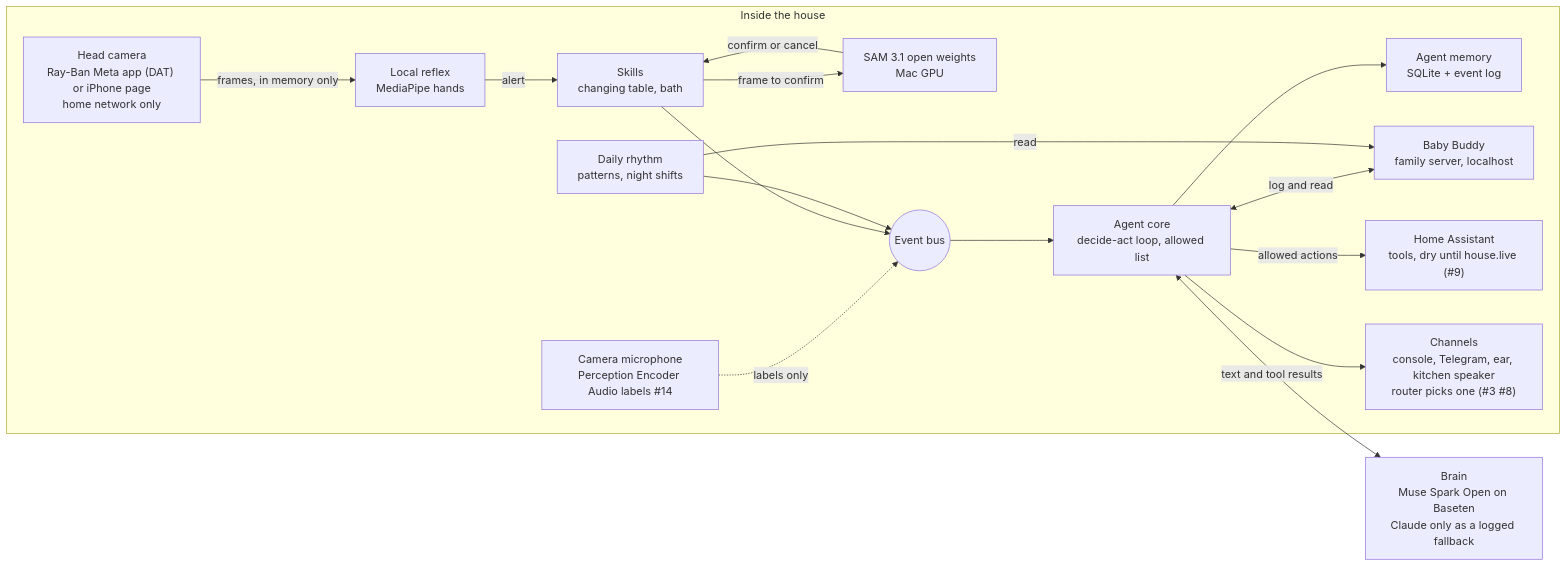
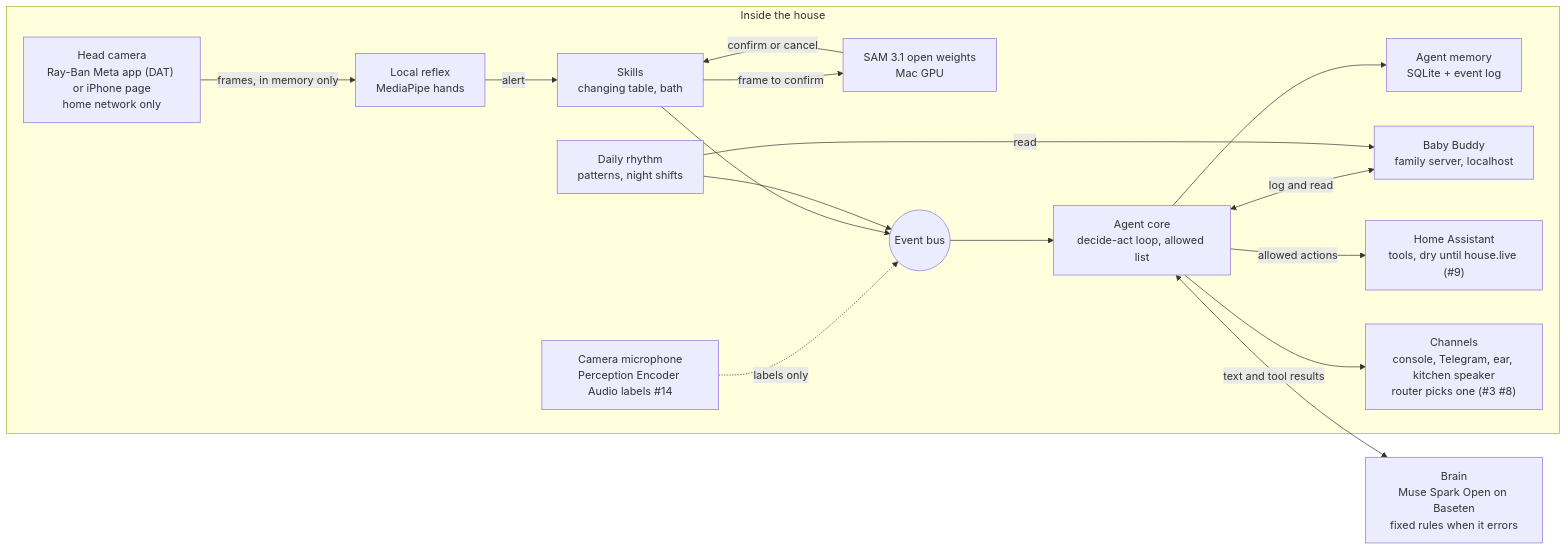
Before and after one commit to gonzalomelov/theos-house: the diagram in docs/architecture.md, drawn with Mermaid. The commit also changed other lines of this file and 57 other files, not shown here.

First line of the commit message:
Only Meta models at runtime: Claude fallback out, fixed rules say the brain is busy, privacy wording names training, key expiry (#174)

````diff
--- a/docs/architecture.md
+++ b/docs/architecture.md
@@ -5,33 +5,33 @@
 ```mermaid
 flowchart LR
   subgraph House["Inside the house"]
     cam["Head camera<br/>Ray-Ban Meta app (DAT) or iPhone page<br/>home network only"]
     mic["Camera microphone<br/>Perception Encoder Audio labels #14"]
     reflex["Local reflex<br/>MediaPipe hands"]
     sam["SAM 3.1 open weights<br/>Mac GPU"]
     bus(("Event bus"))
     core["Agent core<br/>decide-act loop, allowed list"]
     mem["Agent memory<br/>SQLite + event log"]
     bb["Baby Buddy<br/>family server, localhost"]
     rhythm["Daily rhythm<br/>patterns, night shifts"]
     skills["Skills<br/>changing table, bath"]
     ha["Home Assistant<br/>tools, dry until house.live (#9)"]
     chan["Channels<br/>console, Telegram, ear, kitchen speaker<br/>router picks one (#3 #8)"]
   end
-  brain["Brain<br/>Muse Spark Open on Baseten<br/>Claude only as a logged fallback"]
+  brain["Brain<br/>Muse Spark Open on Baseten<br/>fixed rules when it errors"]
 
   cam -->|frames, in memory only| reflex
   reflex -->|alert| skills
   skills -->|frame to confirm| sam
   sam -->|confirm or cancel| skills
   mic -.->|labels only| bus
   skills --> bus
   rhythm --> bus
   bus --> core
   core <-->|text and tool results| brain
   core --> mem
   core <-->|log and read| bb
   rhythm -->|read| bb
   core -->|allowed actions| ha
   core --> chan
 ```
````
